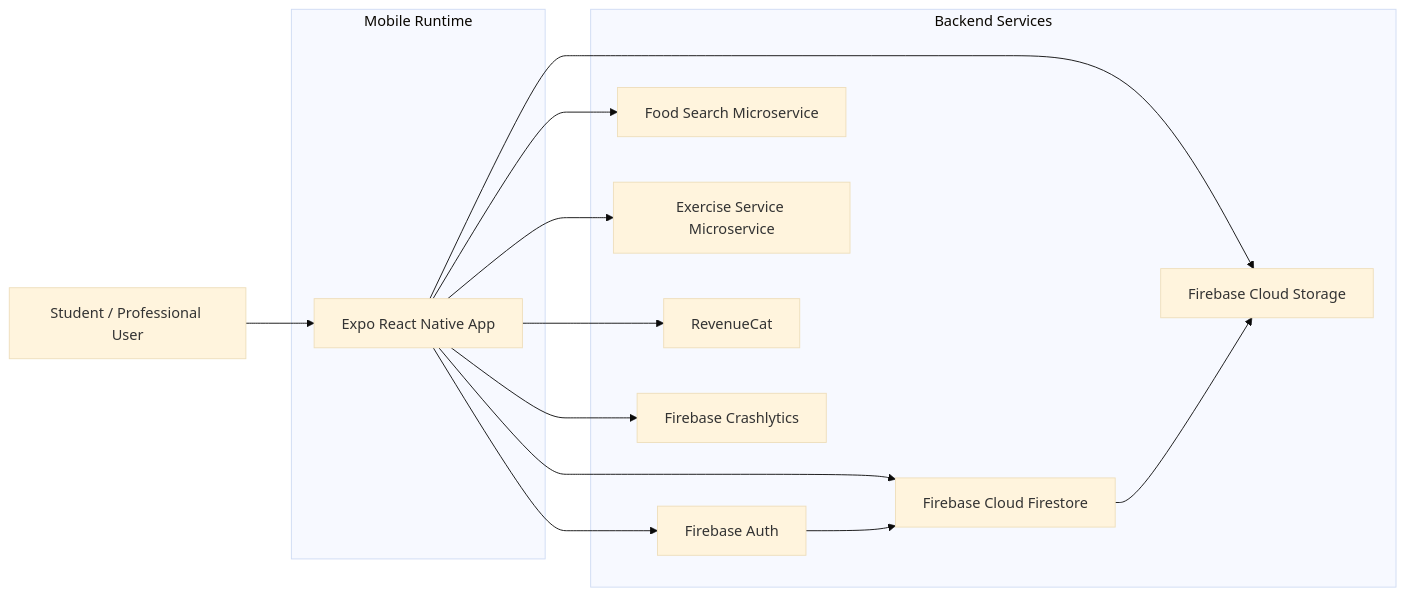
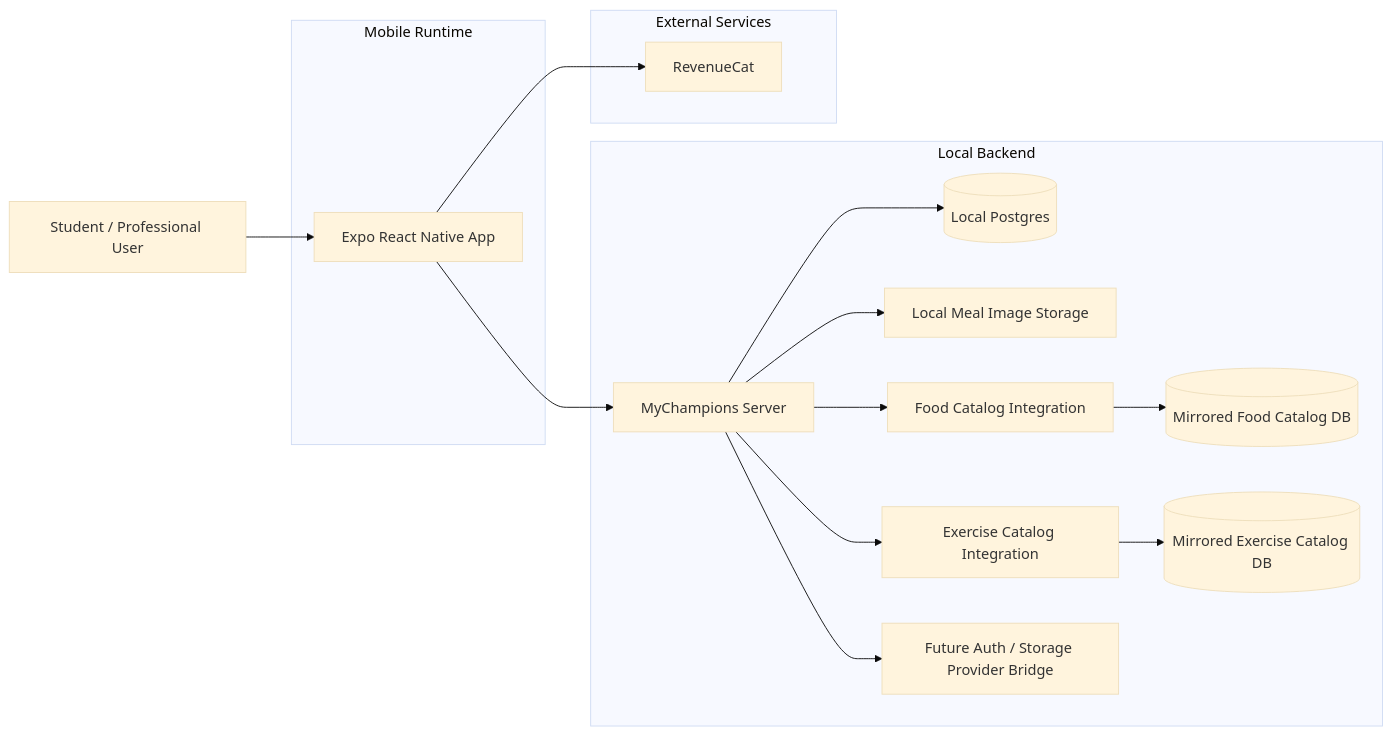
The diagram in docs/diagrams/mobile-stack-high-level-v1.md (edufelip/MyChampions), drawn with Mermaid (base theme) before and after one commit. The commit also changed other lines of this file and 329 other files, not shown here.

````diff
--- a/docs/diagrams/mobile-stack-high-level-v1.md
+++ b/docs/diagrams/mobile-stack-high-level-v1.md
@@ -3,29 +3,35 @@
 ```mermaid
 flowchart LR
   U[Student / Professional User] --> A[Expo React Native App]
 
-  A --> B[Firebase Auth]
-  A --> C[Firebase Cloud Firestore]
-  A --> D[Firebase Cloud Storage]
-  A --> E[Food Search Microservice]
-  A --> F[Exercise Service Microservice]
+  A --> B[MyChampions Server]
   A --> G[RevenueCat]
-  A --> H[Firebase Crashlytics]
 
-  B --> C
-  C --> D
+  B --> C[(Local Postgres)]
+  B --> D[Local Meal Image Storage]
+  B --> E[Food Catalog Integration]
+  B --> F[Exercise Catalog Integration]
+  B --> H[Future Auth / Storage Provider Bridge]
+
+  E --> I[(Mirrored Food Catalog DB)]
+  F --> J[(Mirrored Exercise Catalog DB)]
 
   subgraph Mobile Runtime
     A
   end
 
-  subgraph Backend Services
+  subgraph Local Backend
     B
     C
     D
     E
     F
+    H
+    I
+    J
+  end
+
+  subgraph External Services
     G
-    H
   end
 ```
````
